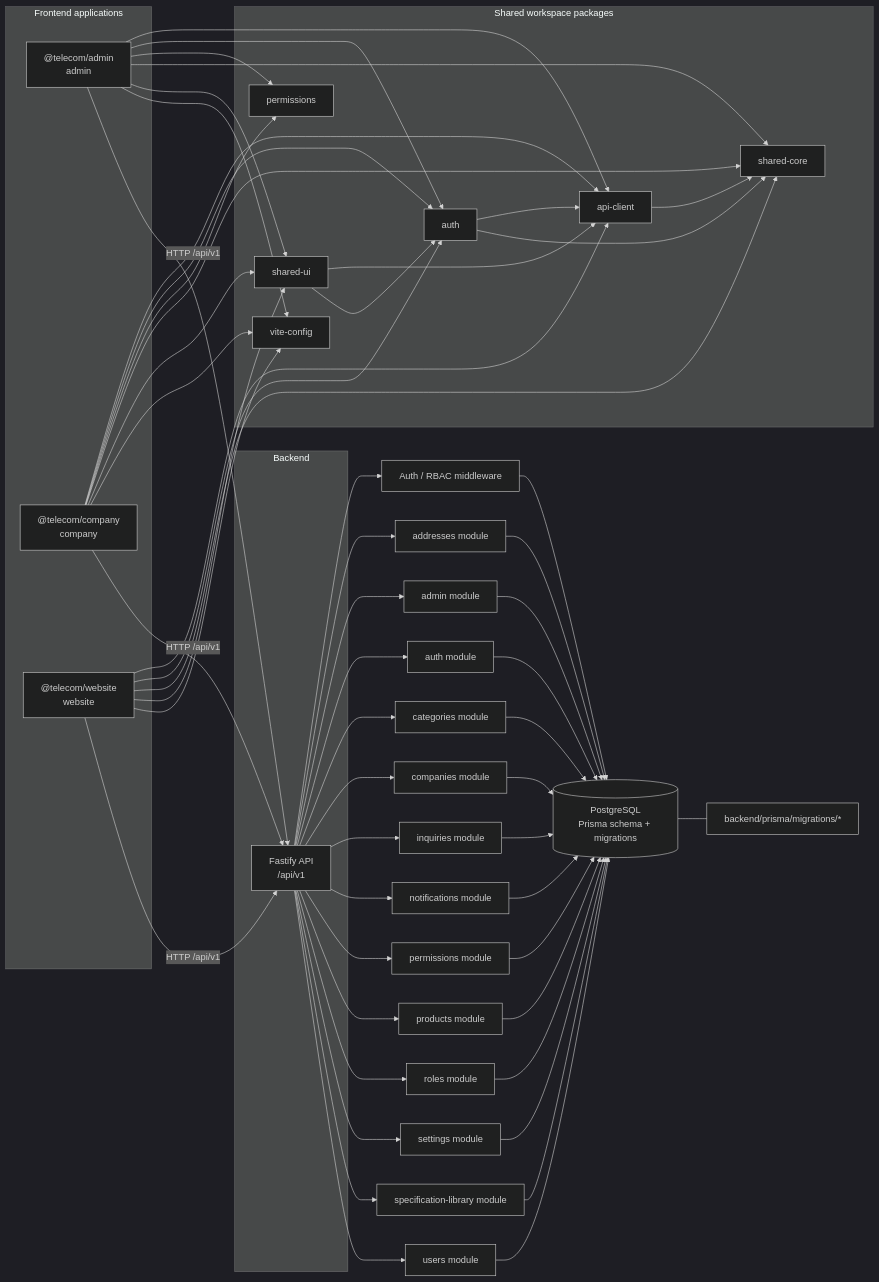
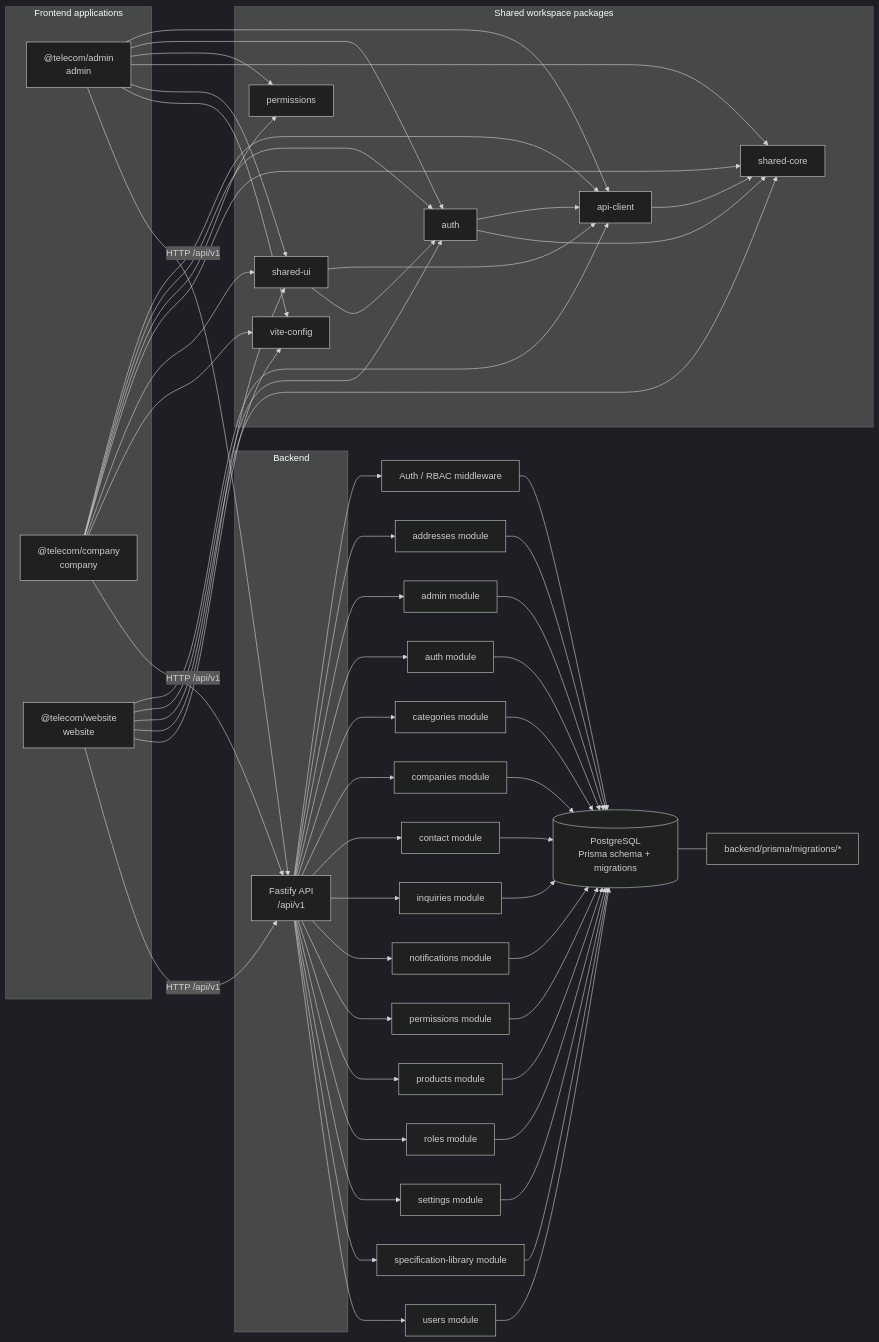
One commit to gameacc2025/martest changed the diagram in docs/architecture/DEPENDENCY_GRAPH.generated.mmd. Above: the diagram before and after it, drawn with Mermaid (dark theme).

Commit message:
docs(architecture): refresh generated dependency graph

```diff
--- a/docs/architecture/DEPENDENCY_GRAPH.generated.mmd
+++ b/docs/architecture/DEPENDENCY_GRAPH.generated.mmd
@@ -1,74 +1,76 @@
 %% GENERATED FILE. Do not edit by hand.
 %% Run: node scripts/generate-architecture-graph.mjs --write
 flowchart LR
   subgraph apps["Frontend applications"]
     admin["@telecom/admin<br/>admin"]
     company["@telecom/company<br/>company"]
     website["@telecom/website<br/>website"]
   end
   subgraph shared["Shared workspace packages"]
     api_client["api-client"]
     auth["auth"]
     permissions["permissions"]
     shared_core["shared-core"]
     shared_ui["shared-ui"]
     vite_config["vite-config"]
   end
   subgraph backend["Backend"]
     api["Fastify API<br/>/api/v1"]
   end
   db[("PostgreSQL<br/>Prisma schema + migrations")]
   admin --> api_client
   admin --> auth
   admin --> permissions
   admin --> shared_core
   admin --> shared_ui
   admin --> vite_config
   company --> api_client
   company --> auth
   company --> permissions
   company --> shared_core
   company --> shared_ui
   company --> vite_config
   website --> api_client
   website --> auth
   website --> shared_core
   website --> shared_ui
   website --> vite_config
   api_client --> shared_core
   auth --> api_client
   auth --> shared_core
   shared_ui --> api_client
   shared_ui --> auth
   admin -->|HTTP /api/v1| api
   company -->|HTTP /api/v1| api
   website -->|HTTP /api/v1| api
   api --> rbac["Auth / RBAC middleware"]
   api --> mod_addresses["addresses module"]
   api --> mod_admin["admin module"]
   api --> mod_auth["auth module"]
   api --> mod_categories["categories module"]
   api --> mod_companies["companies module"]
+  api --> mod_contact["contact module"]
   api --> mod_inquiries["inquiries module"]
   api --> mod_notifications["notifications module"]
   api --> mod_permissions["permissions module"]
   api --> mod_products["products module"]
   api --> mod_roles["roles module"]
   api --> mod_settings["settings module"]
   api --> mod_specification_library["specification-library module"]
   api --> mod_users["users module"]
   rbac --> db
   mod_addresses --> db
   mod_admin --> db
   mod_auth --> db
   mod_categories --> db
   mod_companies --> db
+  mod_contact --> db
   mod_inquiries --> db
   mod_notifications --> db
   mod_permissions --> db
   mod_products --> db
   mod_roles --> db
   mod_settings --> db
   mod_specification_library --> db
   mod_users --> db
   db --- migrations["backend/prisma/migrations/*"]
```
